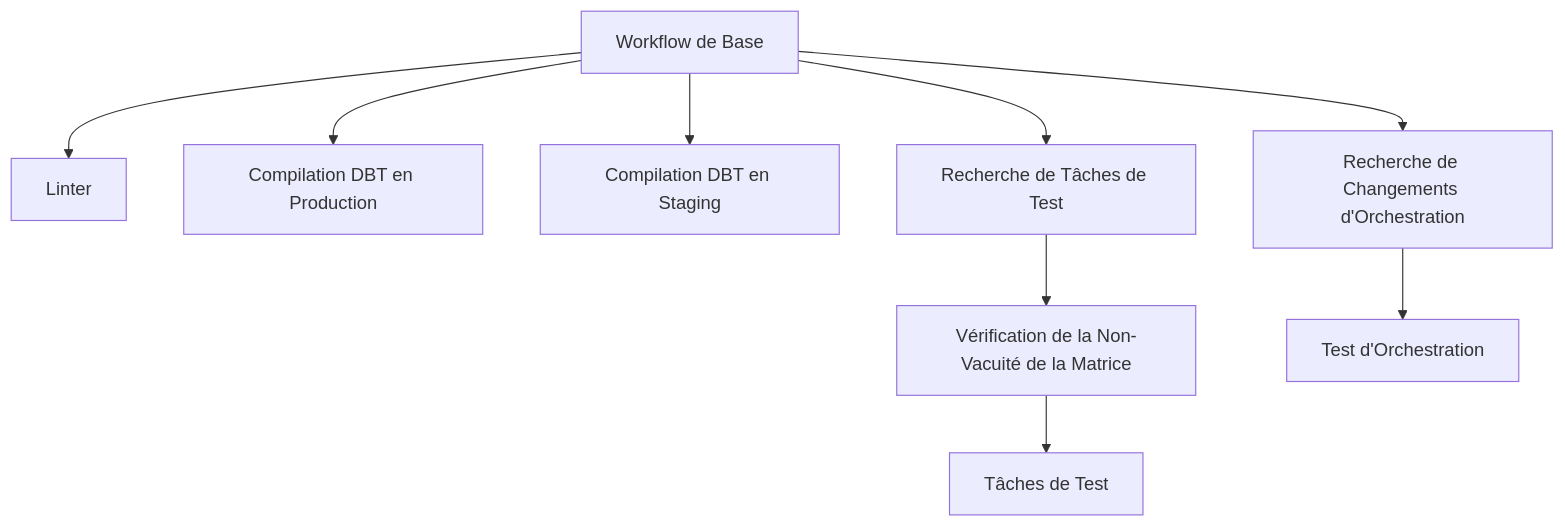
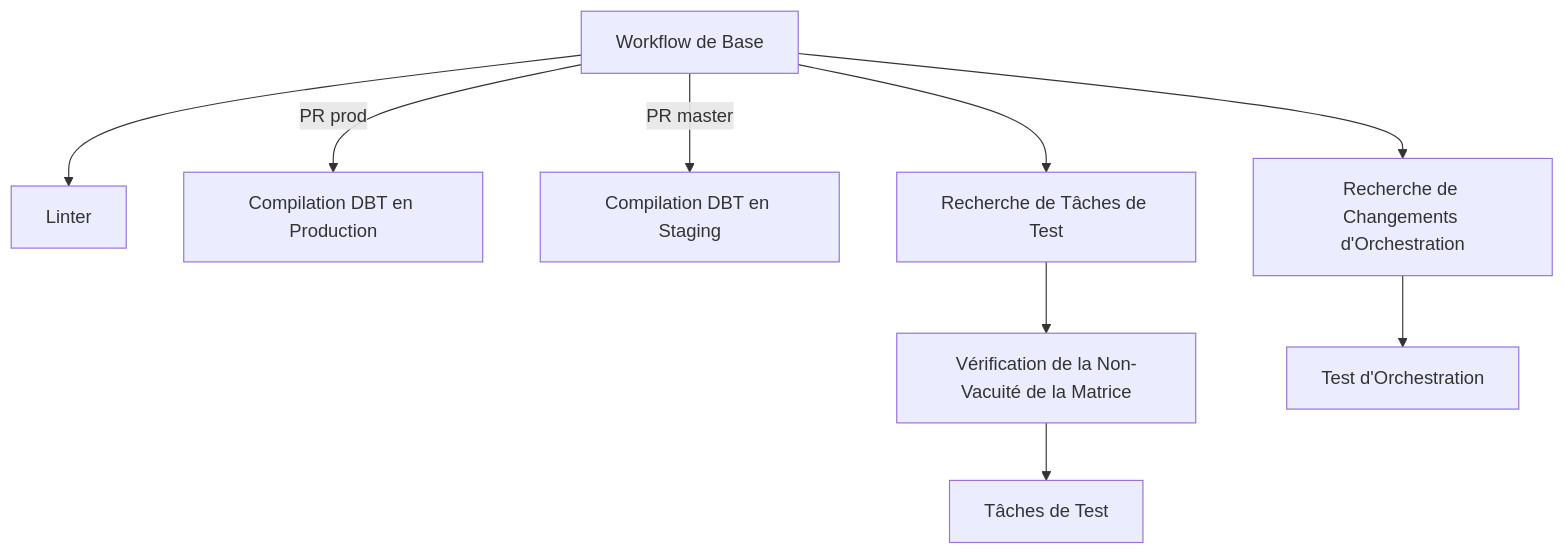
One commit to pass-culture/data-gcp changed the first of 2 diagrams in README.md. Above: the diagram before and after it, drawn with Mermaid. The commit also changed other lines of this file, not shown here.

````diff
--- a/README.md
+++ b/README.md
@@ -154,11 +154,11 @@
 ```mermaid
 graph TD;
     A[Workflow de Base] --> B[Linter]
-    A[Workflow de Base] --> C[Compilation DBT en Production]
-    A[Workflow de Base] --> D[Compilation DBT en Staging]
-    A[Workflow de Base] --> E[Recherche de Tâches de Test]
-    E[Recherche de Tâches de Test] --> F[Vérification de la Non-Vacuité de la Matrice]
-    F[Vérification de la Non-Vacuité de la Matrice] --> G[Tâches de Test]
-    A[Workflow de Base] --> H[Recherche de Changements d'Orchestration]
-    H[Recherche de Changements d'Orchestration] --> I[Test d'Orchestration]
+    A -->|PR prod| C[Compilation DBT en Production]
+    A -->|PR master| D[Compilation DBT en Staging]
+    A --> E[Recherche de Tâches de Test]
+    E --> F[Vérification de la Non-Vacuité de la Matrice]
+    F --> G[Tâches de Test]
+    A --> H[Recherche de Changements d'Orchestration]
+    H --> I[Test d'Orchestration]
 ```
````
